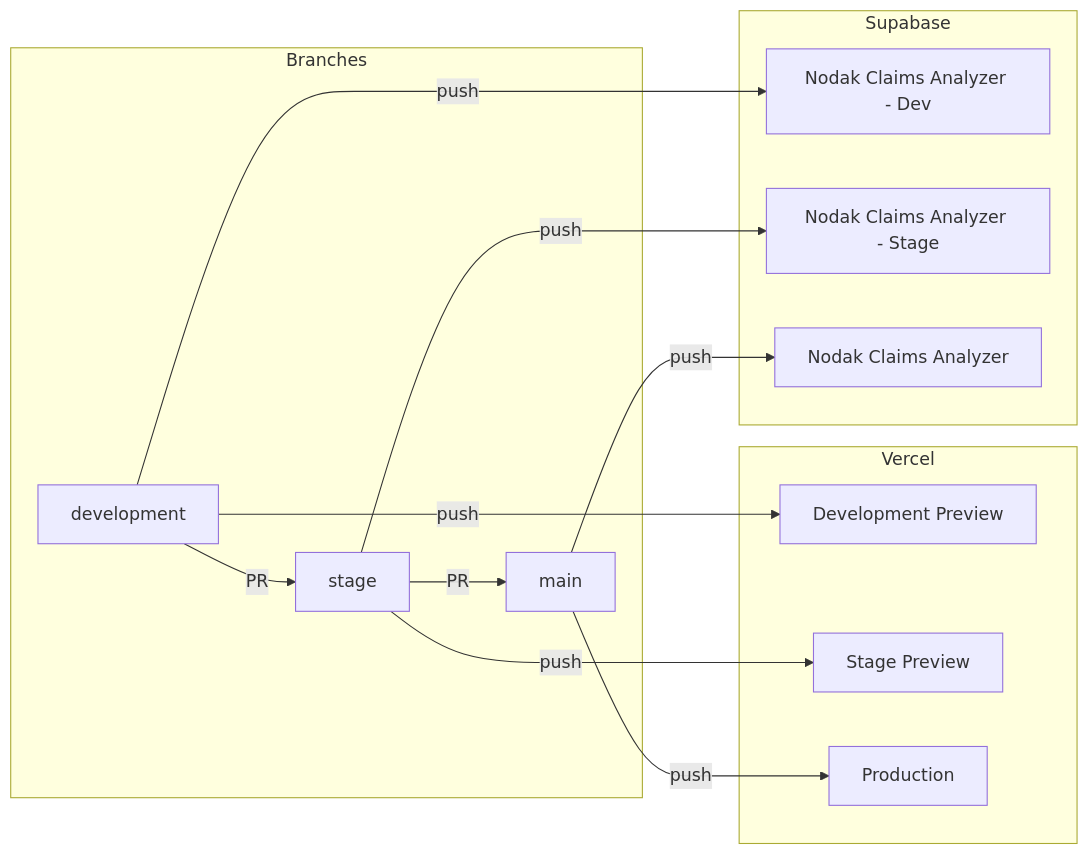
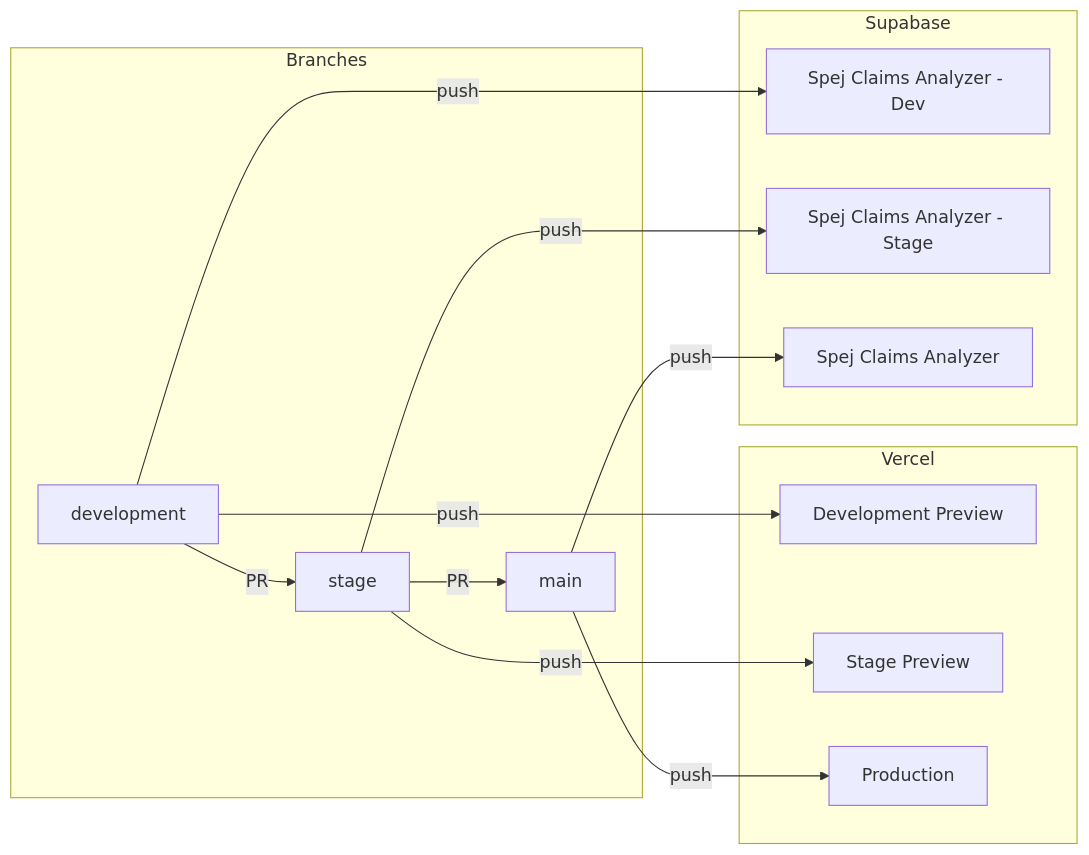
Before and after one commit to Sean-SpejAI/ProjectC200: the second of 8 diagrams in docs/2026-04-08-System-Architecture.md, drawn with Mermaid. The commit also changed other lines of this file and 136 other files, not shown here.

````diff
--- a/docs/2026-04-08-System-Architecture.md
+++ b/docs/2026-04-08-System-Architecture.md
@@ -46,30 +46,30 @@
 ```mermaid
 graph LR
     subgraph Branches
         DEV[development]
         STG[stage]
         MAIN[main]
     end
 
     subgraph Vercel
         V_DEV[Development Preview]
         V_STG[Stage Preview]
         V_PROD[Production]
     end
 
     subgraph Supabase
-        S_DEV[Nodak Claims Analyzer - Dev]
-        S_STG[Nodak Claims Analyzer - Stage]
-        S_PROD[Nodak Claims Analyzer]
+        S_DEV[Spej Claims Analyzer - Dev]
+        S_STG[Spej Claims Analyzer - Stage]
+        S_PROD[Spej Claims Analyzer]
     end
 
     DEV -->|push| V_DEV
     DEV -->|push| S_DEV
     STG -->|push| V_STG
     STG -->|push| S_STG
     MAIN -->|push| V_PROD
     MAIN -->|push| S_PROD
 
     DEV -->|PR| STG
     STG -->|PR| MAIN
 ```
````
